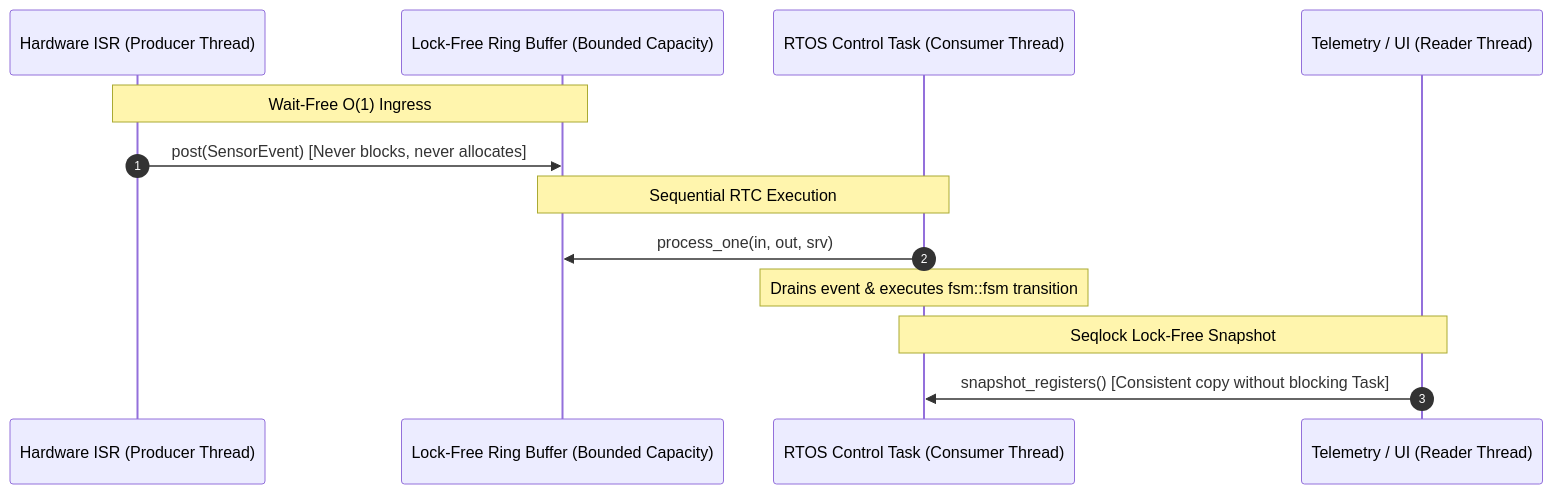
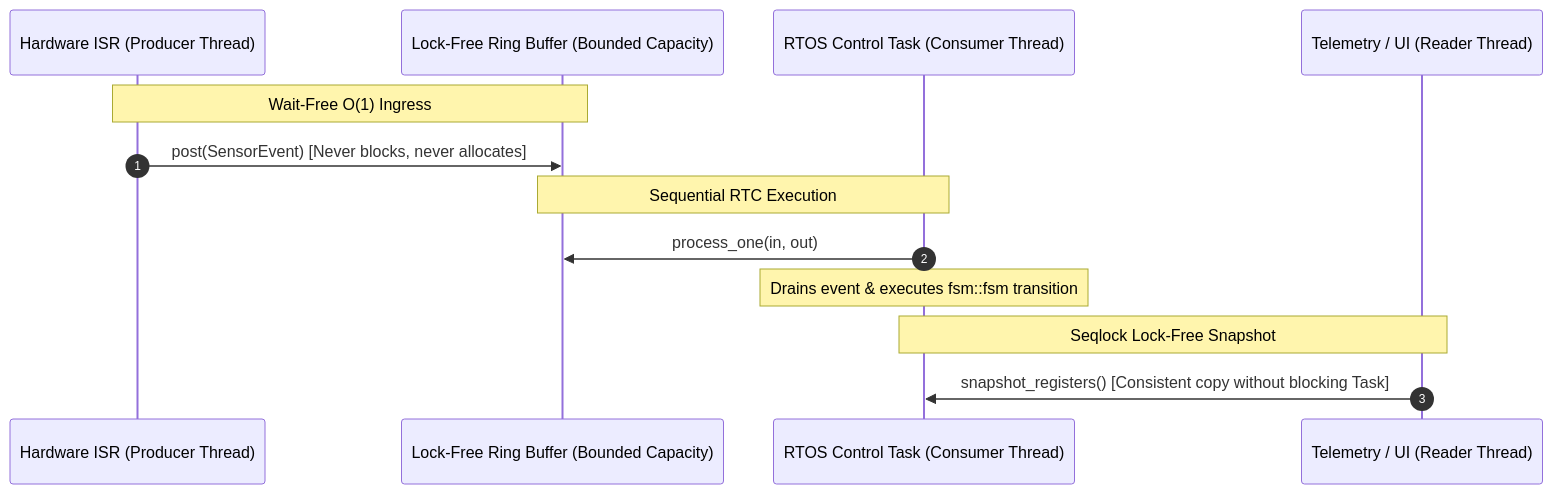
The diagram in docs/runtime_api/spsc_fsm.md (simoneCavalleri/fsmc), drawn with Mermaid before and after one commit. The commit also changed other lines of this file and 13 other files, not shown here.

````diff
--- a/docs/runtime_api/spsc_fsm.md
+++ b/docs/runtime_api/spsc_fsm.md
@@ -11,18 +11,18 @@
 ```mermaid
 sequenceDiagram
     autonumber
     participant ISR as Hardware ISR (Producer Thread)
     participant Queue as Lock-Free Ring Buffer (Bounded Capacity)
     participant Task as RTOS Control Task (Consumer Thread)
     participant Reader as Telemetry / UI (Reader Thread)
 
     Note over ISR,Queue: Wait-Free O(1) Ingress
     ISR->>Queue: post(SensorEvent) [Never blocks, never allocates]
 
     Note over Queue,Task: Sequential RTC Execution
-    Task->>Queue: process_one(in, out, srv)
+    Task->>Queue: process_one(in, out)
     Note over Task: Drains event & executes fsm::fsm transition
 
     Note over Task,Reader: Seqlock Lock-Free Snapshot
     Reader->>Task: snapshot_registers() [Consistent copy without blocking Task]
 ```
````
